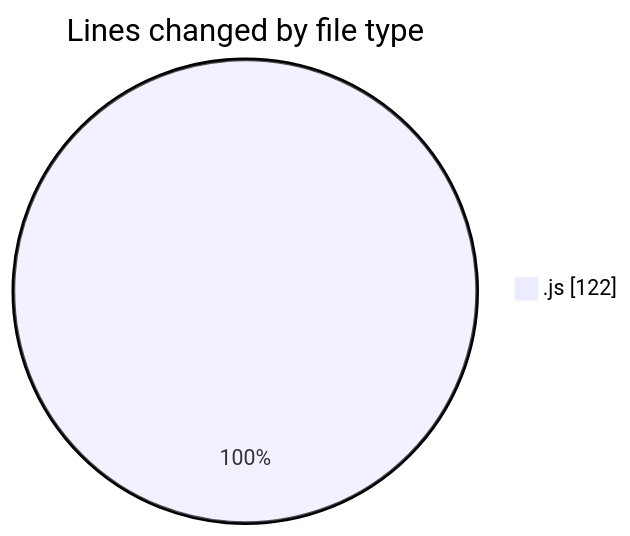
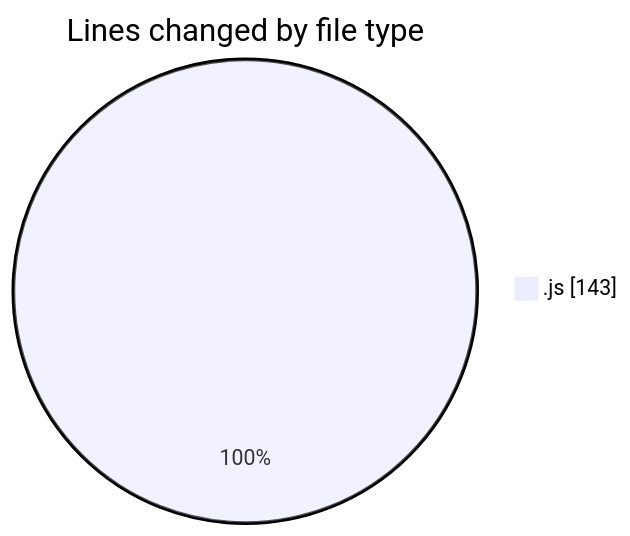
One commit to momahboobian/code-tracking changed the first of 2 diagrams in 2025-02-04/cda/README.md. Above: the diagram before and after it, drawn with Mermaid. The commit also changed other lines of this file and 1 other file, not shown here.

````diff
--- a/2025-02-04/cda/README.md
+++ b/2025-02-04/cda/README.md
@@ -20,5 +20,5 @@
 ```mermaid
 pie showData
 title Lines changed by file type
-".js" : 122
+".js" : 143
 ```
````
